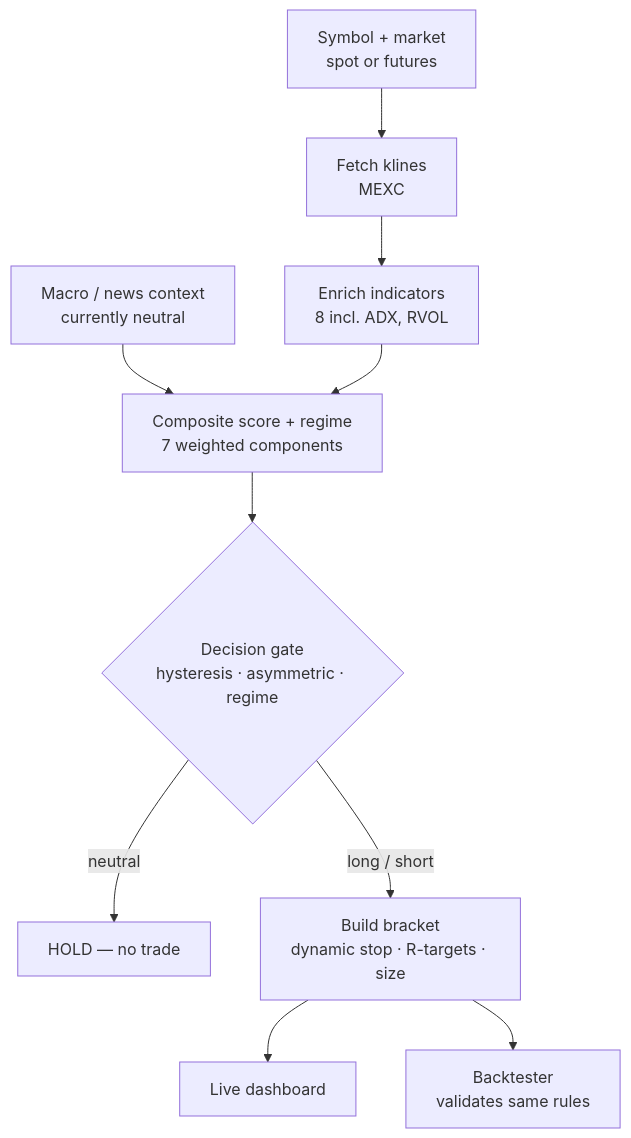
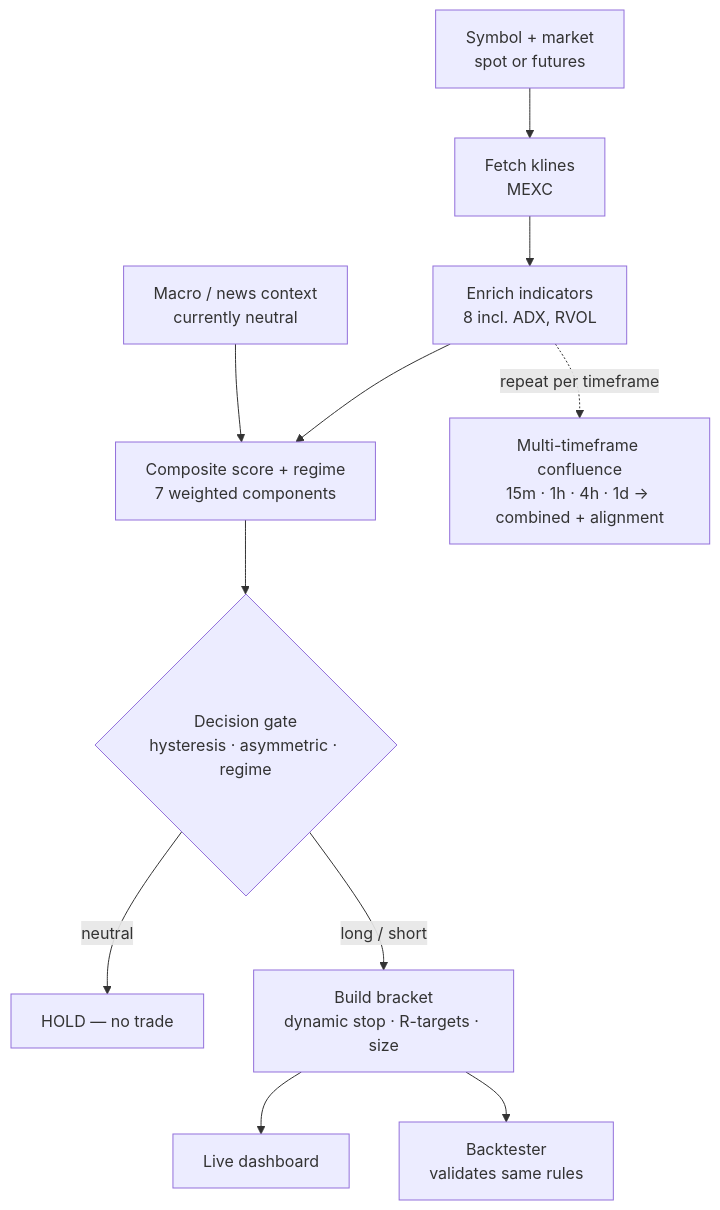
One commit to virangaj/market-analyzer-api changed the first of 2 diagrams in documentation.md. Above: the diagram before and after it, drawn with Mermaid. The commit also changed other lines of this file and 7 other files, not shown here.

````diff
--- a/documentation.md
+++ b/documentation.md
@@ -25,12 +30,13 @@
 ```mermaid
 flowchart TD
     A[Symbol + market<br/>spot or futures] --> B[Fetch klines<br/>MEXC]
     B --> C[Enrich indicators<br/>8 incl. ADX, RVOL]
     M[Macro / news context<br/>currently neutral] --> D
     C --> D[Composite score + regime<br/>7 weighted components]
     D --> E{Decision gate<br/>hysteresis · asymmetric · regime}
     E -->|neutral| H[HOLD — no trade]
     E -->|long / short| F[Build bracket<br/>dynamic stop · R-targets · size]
     F --> G1[Live dashboard]
     F --> G2[Backtester<br/>validates same rules]
+    C -.repeat per timeframe.-> T[Multi-timeframe confluence<br/>15m · 1h · 4h · 1d → combined + alignment]
 ```
````
